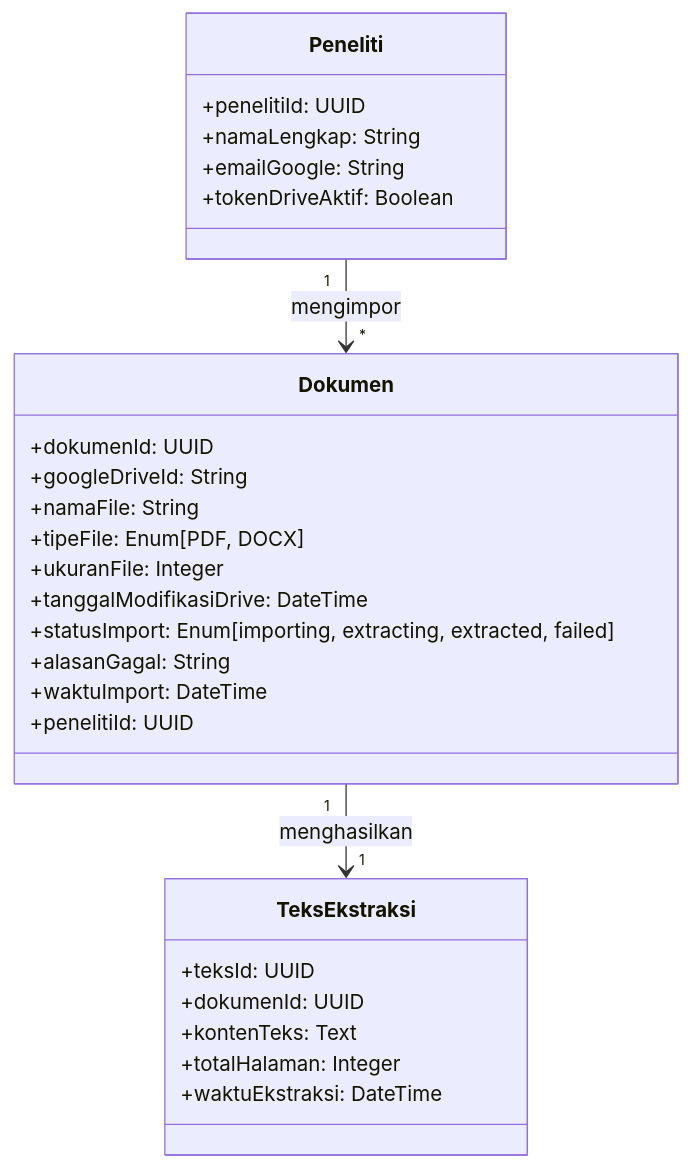
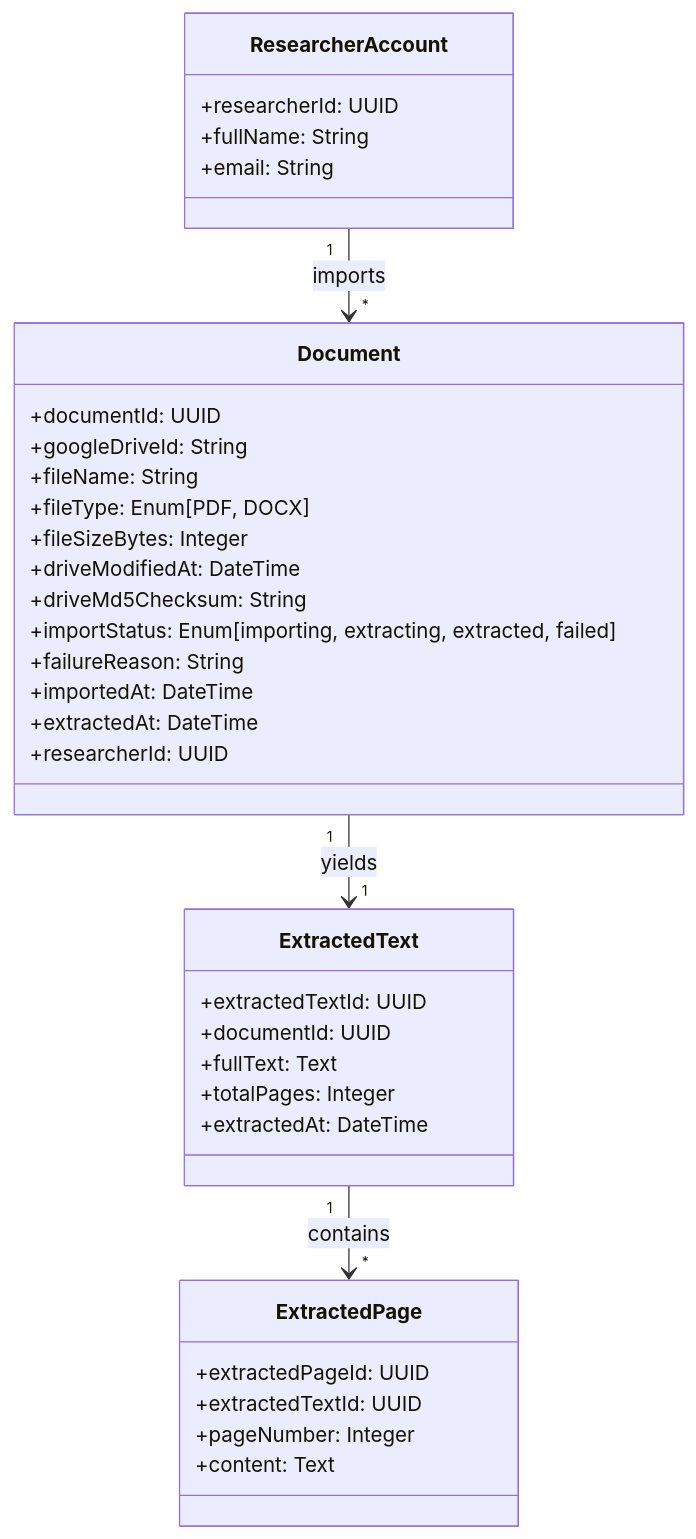
Before and after one commit to Gzaa19/Telaah: the third of 3 diagrams in specs/002-drive-document-import/spec.md, drawn with Mermaid. The commit also changed other lines of this file and 5 other files, not shown here.

First line of the commit message:
refactor(specs): standardize UC-02 database models, diagrams, and API contracts to English

````diff
--- a/specs/002-drive-document-import/spec.md
+++ b/specs/002-drive-document-import/spec.md
@@ -177,33 +177,42 @@
 ```mermaid
 classDiagram
-    class Dokumen {
-        +dokumenId: UUID
+    class Document {
+        +documentId: UUID
         +googleDriveId: String
-        +namaFile: String
-        +tipeFile: Enum[PDF, DOCX]
-        +ukuranFile: Integer
-        +tanggalModifikasiDrive: DateTime
-        +statusImport: Enum[importing, extracting, extracted, failed]
-        +alasanGagal: String
-        +waktuImport: DateTime
-        +penelitiId: UUID
+        +fileName: String
+        +fileType: Enum[PDF, DOCX]
+        +fileSizeBytes: Integer
+        +driveModifiedAt: DateTime
+        +driveMd5Checksum: String
+        +importStatus: Enum[importing, extracting, extracted, failed]
+        +failureReason: String
+        +importedAt: DateTime
+        +extractedAt: DateTime
+        +researcherId: UUID
     }
 
-    class TeksEkstraksi {
-        +teksId: UUID
-        +dokumenId: UUID
-        +kontenTeks: Text
-        +totalHalaman: Integer
-        +waktuEkstraksi: DateTime
+    class ExtractedText {
+        +extractedTextId: UUID
+        +documentId: UUID
+        +fullText: Text
+        +totalPages: Integer
+        +extractedAt: DateTime
     }
 
-    class Peneliti {
-        +penelitiId: UUID
-        +namaLengkap: String
-        +emailGoogle: String
-        +tokenDriveAktif: Boolean
+    class ExtractedPage {
+        +extractedPageId: UUID
+        +extractedTextId: UUID
+        +pageNumber: Integer
+        +content: Text
     }
 
-    Peneliti "1" --> "*" Dokumen : mengimpor
-    Dokumen "1" --> "1" TeksEkstraksi : menghasilkan
+    class ResearcherAccount {
+        +researcherId: UUID
+        +fullName: String
+        +email: String
+    }
+
+    ResearcherAccount "1" --> "*" Document : imports
+    Document "1" --> "1" ExtractedText : yields
+    ExtractedText "1" --> "*" ExtractedPage : contains
 ```
````
